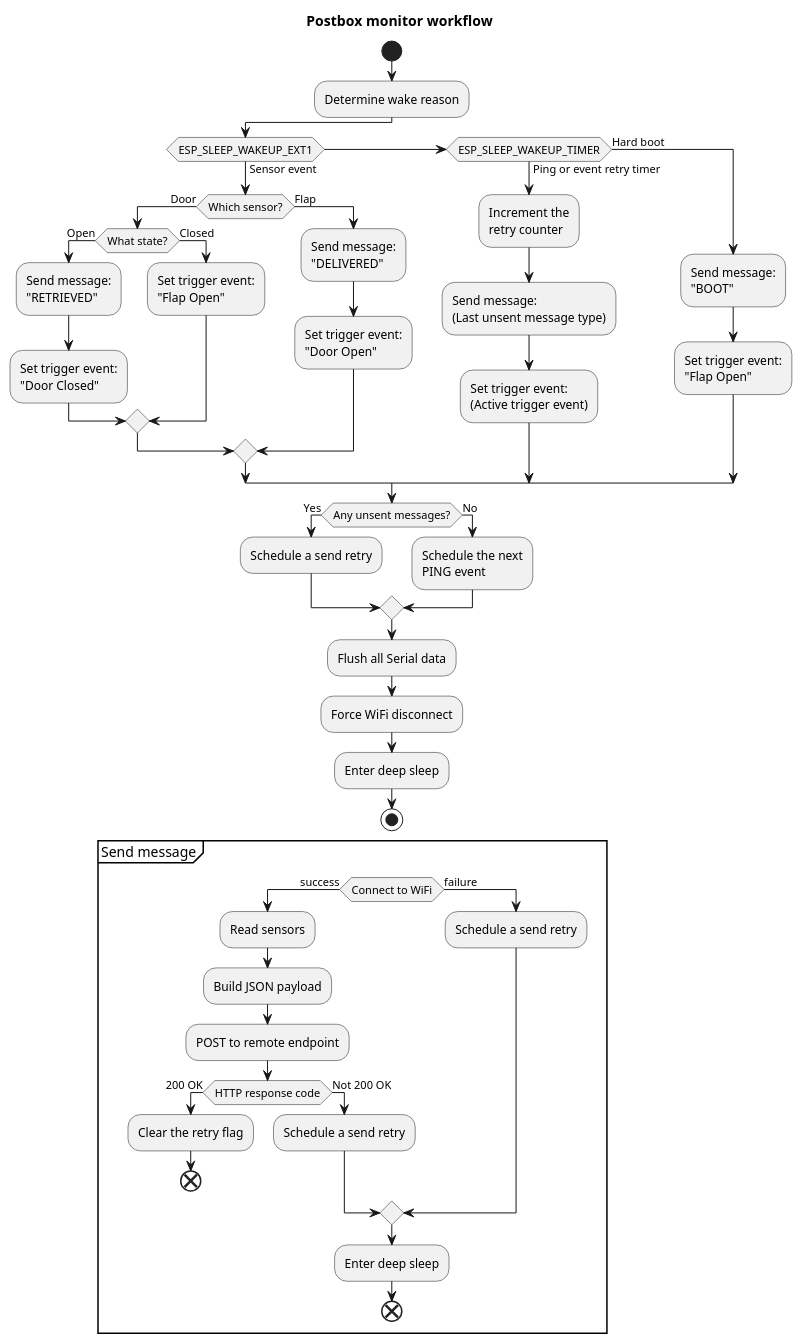
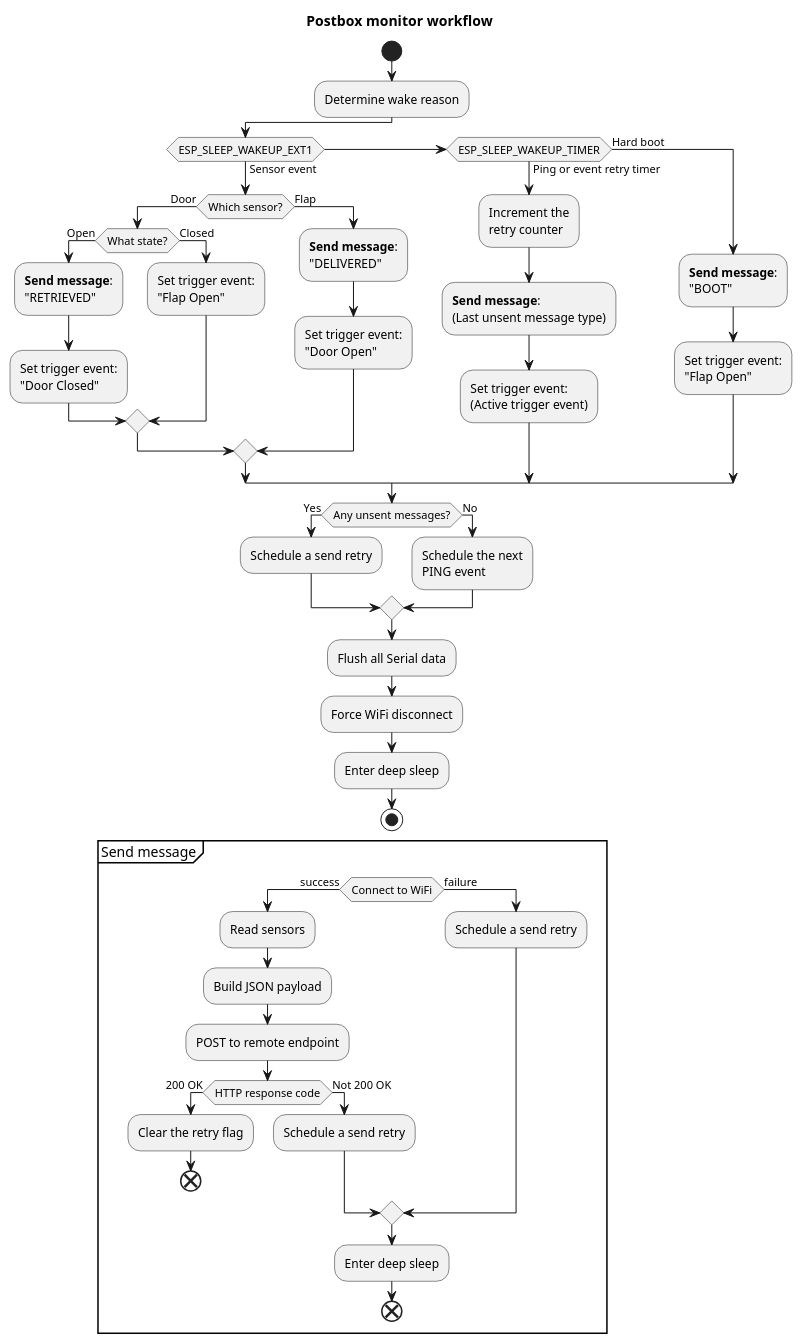
One commit to skhg/postbox-monitor changed the diagram in docs/workflow.puml. Above: the diagram before and after it, drawn with PlantUML. The commit also changed 1 other file, not shown here.

```diff
--- a/docs/workflow.puml
+++ b/docs/workflow.puml
@@ -1,62 +1,62 @@
 @startuml
 
 title Postbox monitor workflow
 
 
 
 start
 
 :Determine wake reason;
 
 if (ESP_SLEEP_WAKEUP_EXT1) then (Sensor event)
   if (Which sensor?) then (Door)
     if (What state?) then (Open)
-      :Send message:\n"RETRIEVED";
+      :**Send message**:\n"RETRIEVED";
       :Set trigger event:\n"Door Closed";
     else (Closed)
       :Set trigger event:\n"Flap Open";
     endif
   else (Flap)
-    :Send message:\n"DELIVERED";
+    :**Send message**:\n"DELIVERED";
     :Set trigger event:\n"Door Open";
   endif
 elseif (ESP_SLEEP_WAKEUP_TIMER) then (Ping or event retry timer)
   :Increment the\nretry counter;
-  :Send message:\n(Last unsent message type);
+  :**Send message**:\n(Last unsent message type);
   :Set trigger event:\n(Active trigger event);
 else (Hard boot)
-  :Send message:\n"BOOT";
+  :**Send message**:\n"BOOT";
   :Set trigger event:\n"Flap Open";
 endif
 
 if (Any unsent messages?) then (Yes)
   :Schedule a send retry;
 else (No)
   :Schedule the next\nPING event;
 endif
 
 :Flush all Serial data;
 :Force WiFi disconnect;
 :Enter deep sleep;
 stop
 
 
 partition "Send message" {
     if (Connect to WiFi) then (success)
         :Read sensors;
         :Build JSON payload;
         :POST to remote endpoint;
         if (HTTP response code) then (200 OK)
           :Clear the retry flag;
           end
         else (Not 200 OK)
           :Schedule a send retry;
         endif
     else (failure)
         :Schedule a send retry;
     endif
 
     :Enter deep sleep;
     end
 }
 @enduml
```
